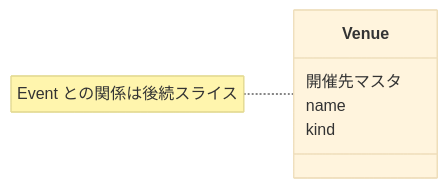
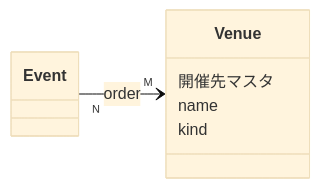
One commit to sayuprc/isekai-observatory changed the diagram in docs/specs/venue.md. Above: the diagram before and after it, drawn with Mermaid (base theme). The commit also changed other lines of this file and 267 other files, not shown here.

````diff
--- a/docs/specs/venue.md
+++ b/docs/specs/venue.md
@@ -34,10 +34,10 @@
 ```mermaid
 classDiagram
   direction LR
   class Venue {
     開催先マスタ
     name
     kind
   }
-  note for Venue "Event との関係は後続スライス"
+  Event "N" --> "M" Venue : order
 ```
````
